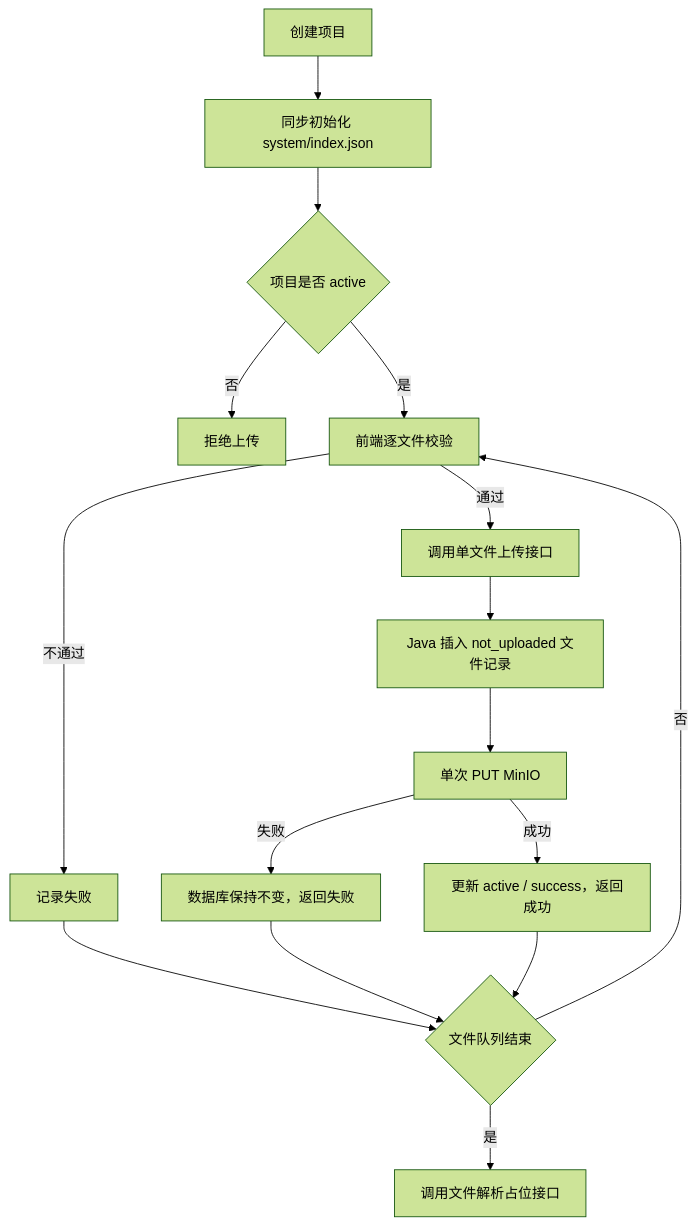
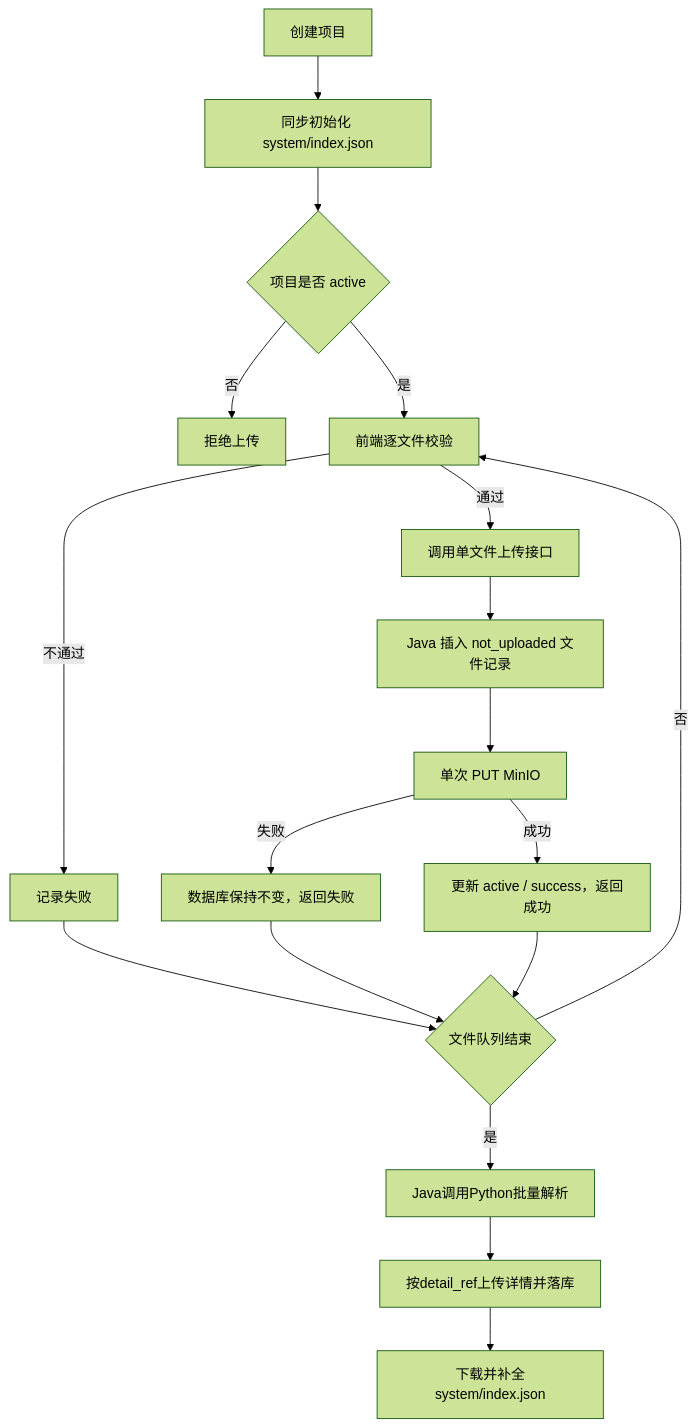
One commit to ningningsenpai/PM-AGENT changed the diagram in docs/20-索引初始化与重建流程改造说明.md. Above: the diagram before and after it, drawn with Mermaid (forest theme). The commit also changed other lines of this file and 52 other files, not shown here.

````diff
--- a/docs/20-索引初始化与重建流程改造说明.md
+++ b/docs/20-索引初始化与重建流程改造说明.md
@@ -19,18 +19,20 @@
 ```mermaid
 flowchart TD
     A["创建项目"] --> B["同步初始化 system/index.json"]
     B --> C{"项目是否 active"}
     C -->|否| D["拒绝上传"]
     C -->|是| E["前端逐文件校验"]
     E -->|不通过| F["记录失败"]
     E -->|通过| G["调用单文件上传接口"]
     G --> H["Java 插入 not_uploaded 文件记录"]
     H --> I["单次 PUT MinIO"]
     I -->|失败| J["数据库保持不变，返回失败"]
     I -->|成功| K["更新 active / success，返回成功"]
     F --> L{"文件队列结束"}
     J --> L
     K --> L
     L -->|否| E
-    L -->|是| M["调用文件解析占位接口"]
+    L -->|是| M["Java调用Python批量解析"]
+    M --> N["按detail_ref上传详情并落库"]
+    N --> O["下载并补全system/index.json"]
 ```
````
